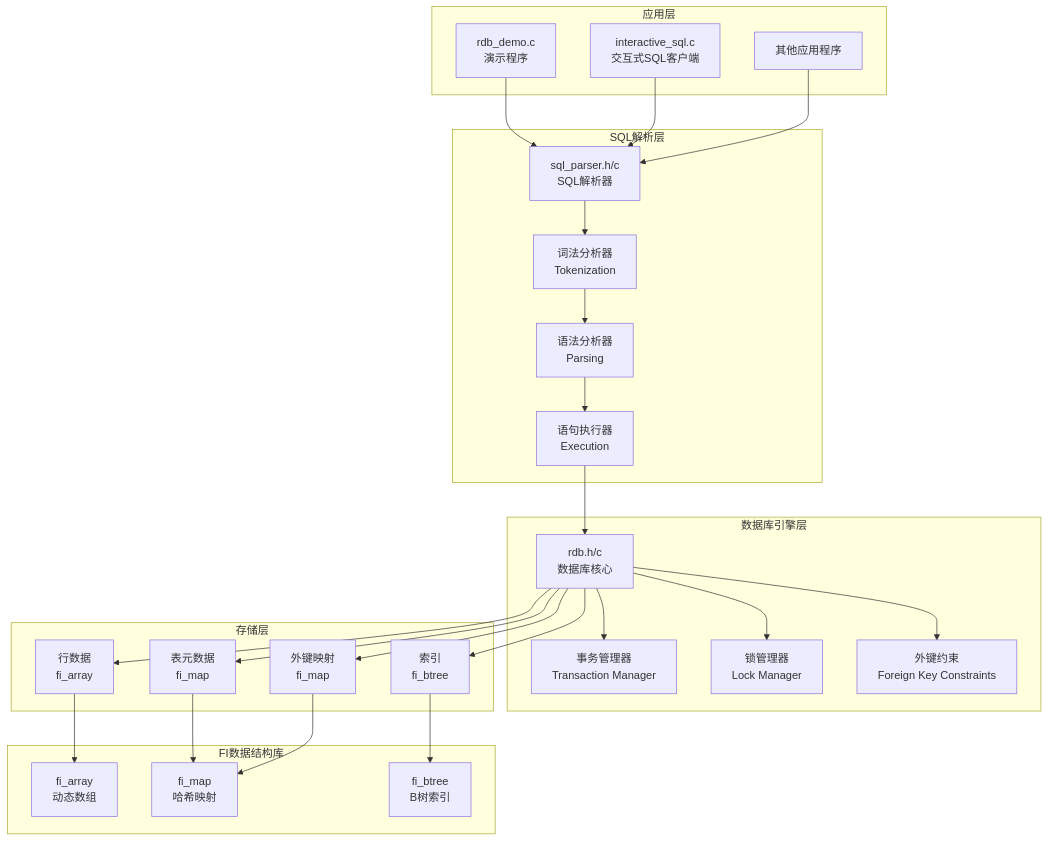
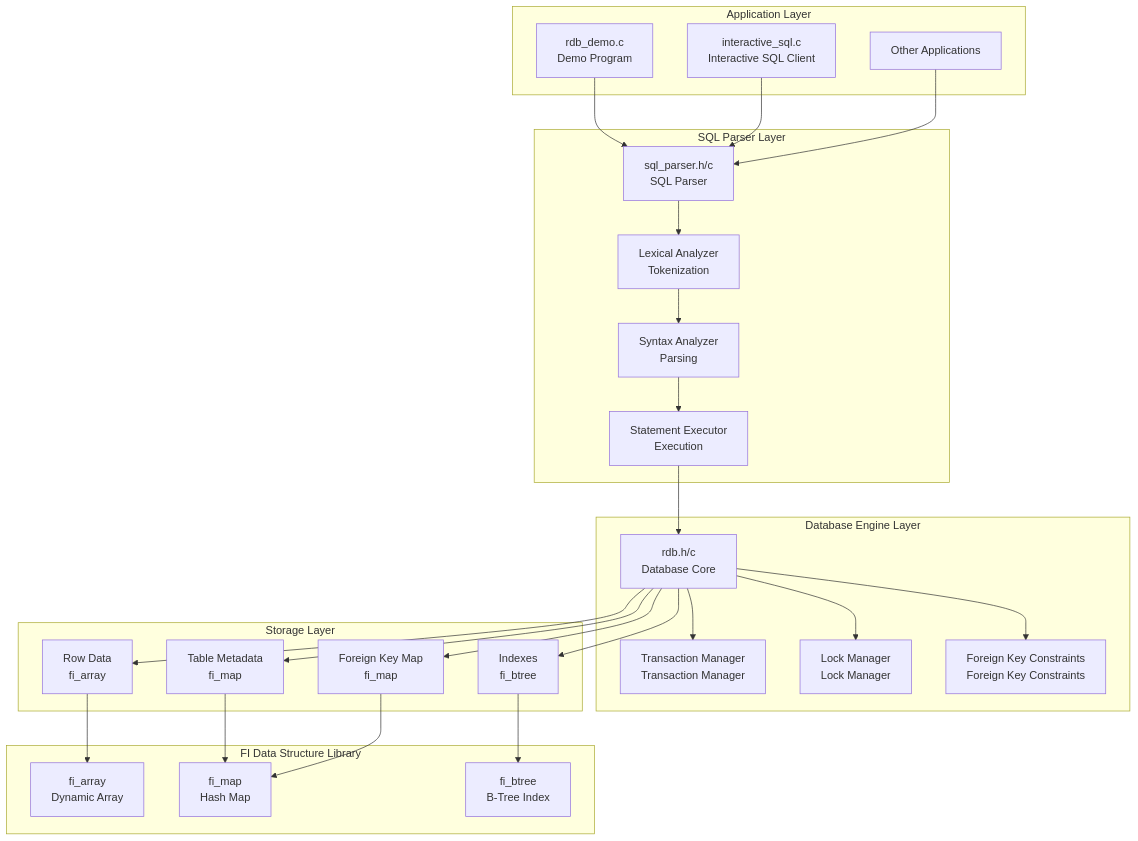
Before and after one commit to oxUnd/fi: the first of 5 diagrams in examples/rdb/README.md, drawn with Mermaid. The commit also changed other lines of this file, not shown here.

````diff
--- a/examples/rdb/README.md
+++ b/examples/rdb/README.md
@@ -57,58 +57,58 @@
 ```mermaid
 graph TB
-    subgraph "应用层"
-        A[rdb_demo.c<br/>演示程序] 
-        B[interactive_sql.c<br/>交互式SQL客户端]
-        C[其他应用程序]
+    subgraph "Application Layer"
+        A["rdb_demo.c<br/>Demo Program"] 
+        B["interactive_sql.c<br/>Interactive SQL Client"]
+        C["Other Applications"]
     end
     
-    subgraph "SQL解析层"
-        D[sql_parser.h/c<br/>SQL解析器]
-        E[词法分析器<br/>Tokenization]
-        F[语法分析器<br/>Parsing]
-        G[语句执行器<br/>Execution]
+    subgraph "SQL Parser Layer"
+        D["sql_parser.h/c<br/>SQL Parser"]
+        E["Lexical Analyzer<br/>Tokenization"]
+        F["Syntax Analyzer<br/>Parsing"]
+        G["Statement Executor<br/>Execution"]
     end
     
-    subgraph "数据库引擎层"
-        H[rdb.h/c<br/>数据库核心]
-        I[事务管理器<br/>Transaction Manager]
-        J[锁管理器<br/>Lock Manager]
-        K[外键约束<br/>Foreign Key Constraints]
+    subgraph "Database Engine Layer"
+        H["rdb.h/c<br/>Database Core"]
+        I["Transaction Manager<br/>Transaction Manager"]
+        J["Lock Manager<br/>Lock Manager"]
+        K["Foreign Key Constraints<br/>Foreign Key Constraints"]
     end
     
-    subgraph "存储层"
-        L[表元数据<br/>fi_map]
-        M[行数据<br/>fi_array]
-        N[索引<br/>fi_btree]
-        O[外键映射<br/>fi_map]
+    subgraph "Storage Layer"
+        L["Table Metadata<br/>fi_map"]
+        M["Row Data<br/>fi_array"]
+        N["Indexes<br/>fi_btree"]
+        O["Foreign Key Map<br/>fi_map"]
     end
     
-    subgraph "FI数据结构库"
-        P[fi_array<br/>动态数组]
-        Q[fi_map<br/>哈希映射]
-        R[fi_btree<br/>B树索引]
+    subgraph "FI Data Structure Library"
+        P["fi_array<br/>Dynamic Array"]
+        Q["fi_map<br/>Hash Map"]
+        R["fi_btree<br/>B-Tree Index"]
     end
     
     A --> D
     B --> D
     C --> D
     
     D --> E
     E --> F
     F --> G
     G --> H
     
     H --> I
     H --> J
     H --> K
     
     H --> L
     H --> M
     H --> N
     H --> O
     
     L --> Q
     M --> P
     N --> R
     O --> Q
 ```
````
